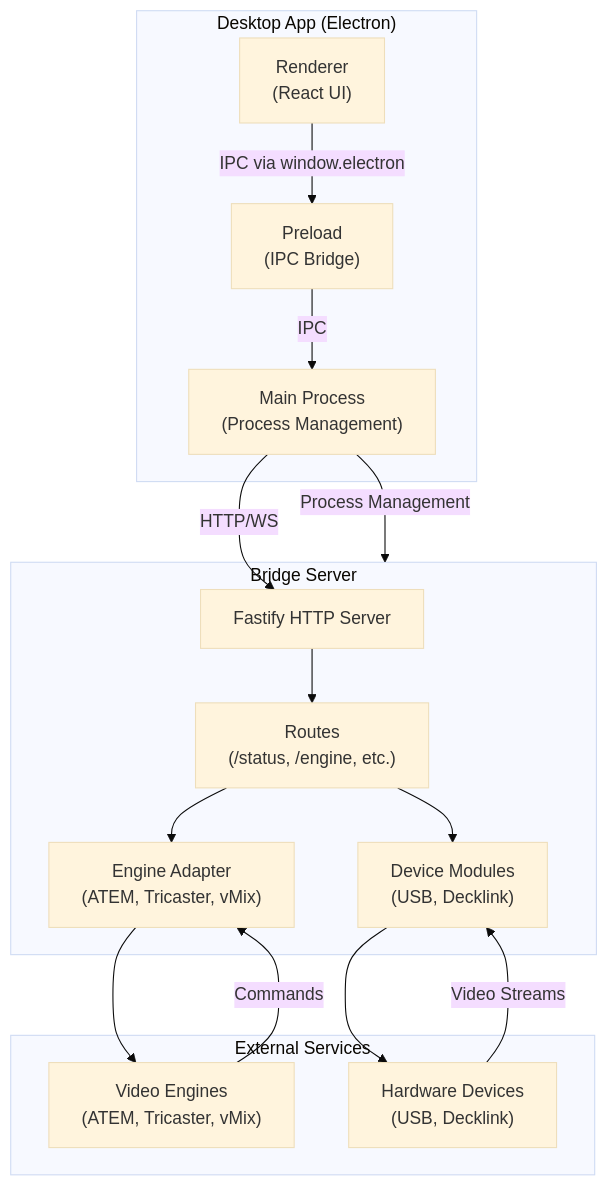
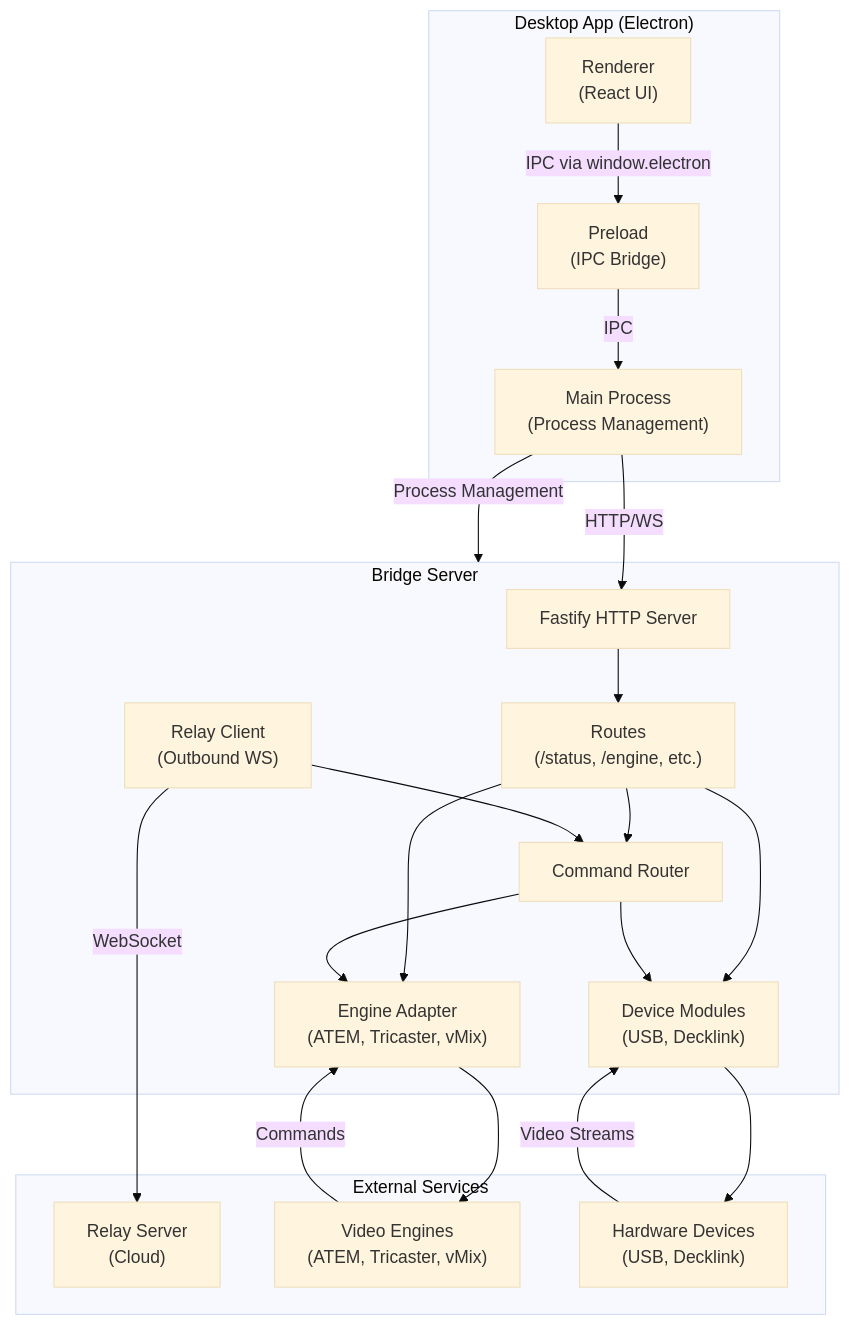
One commit to pivotrecruiting/broadify-bridge changed the first of 8 diagrams in docs/BRIDGE_ARCHITECTURE.md. Above: the diagram before and after it, drawn with Mermaid (base theme). The commit also changed other lines of this file and 13 other files, not shown here.

````diff
--- a/docs/BRIDGE_ARCHITECTURE.md
+++ b/docs/BRIDGE_ARCHITECTURE.md
@@ -95,35 +104,44 @@
 ```mermaid
 graph TB
     subgraph Desktop["Desktop App (Electron)"]
         Renderer["Renderer<br/>(React UI)"]
         Preload["Preload<br/>(IPC Bridge)"]
         Main["Main Process<br/>(Process Management)"]
     end
 
     subgraph Bridge["Bridge Server"]
         Fastify["Fastify HTTP Server"]
         Routes["Routes<br/>(/status, /engine, etc.)"]
         Modules["Device Modules<br/>(USB, Decklink)"]
         EngineAdapter["Engine Adapter<br/>(ATEM, Tricaster, vMix)"]
+        RelayClient["Relay Client<br/>(Outbound WS)"]
+        CommandRouter["Command Router"]
     end
-
+    
     subgraph External["External Services"]
+        Relay["Relay Server<br/>(Cloud)"]
         Engines["Video Engines<br/>(ATEM, Tricaster, vMix)"]
         Devices["Hardware Devices<br/>(USB, Decklink)"]
     end
-
+    
     Renderer -->|IPC via window.electron| Preload
     Preload -->|IPC| Main
     Main -->|HTTP/WS| Fastify
     Main -->|Process Management| Bridge
-
+    
     Fastify --> Routes
     Routes --> Modules
     Routes --> EngineAdapter
-
+    Routes --> CommandRouter
+    
+    RelayClient -->|WebSocket| Relay
+    RelayClient --> CommandRouter
+    CommandRouter --> EngineAdapter
+    CommandRouter --> Modules
+    
     Modules --> Devices
     EngineAdapter --> Engines
-
+    
     Engines -->|Commands| EngineAdapter
     Devices -->|Video Streams| Modules
 ```
````
